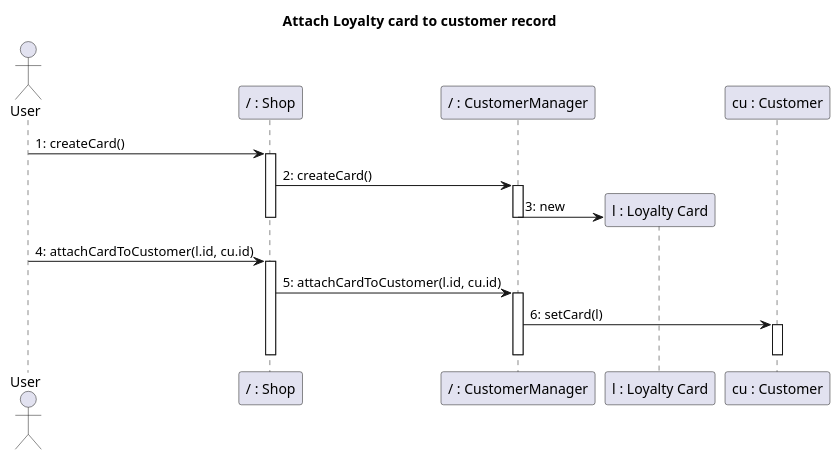
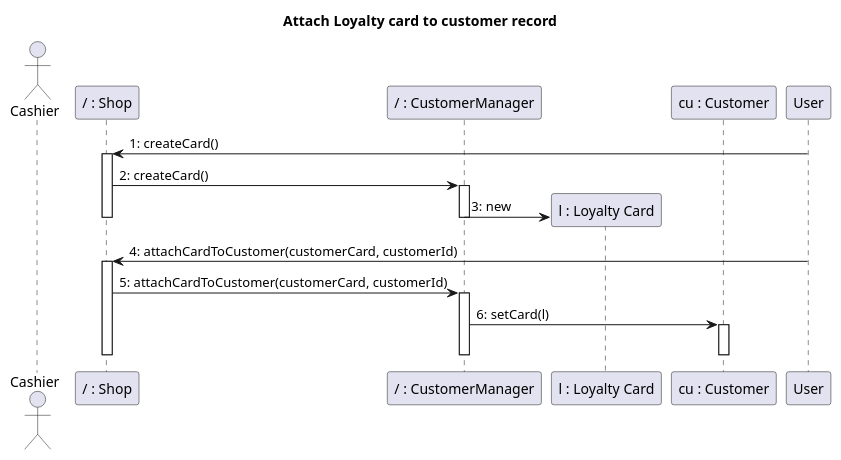
One commit to nicolabattaglino/ezshop changed diagram 15 of 34 in Deliverables/DesignDocument.md. Above: the diagram before and after it, drawn with PlantUML. The commit also changed other lines of this file, not shown here.

Commit message:
changes in seqeunce diagrams

````diff
--- a/Deliverables/DesignDocument.md
+++ b/Deliverables/DesignDocument.md
@@ -810,31 +810,31 @@
 ```plantuml
 @startuml
 
 title Attach Loyalty card to customer record
-actor User
+actor Cashier
 participant "/ : Shop" as Shop
 participant "/ : CustomerManager" as CustomerManager
 participant "l : Loyalty Card" as LoyaltyCard
 participant "cu : Customer" as Customer
 
 User -> Shop: 1: createCard()
 activate Shop
 Shop -> CustomerManager: 2: createCard()
 activate CustomerManager
 create LoyaltyCard
 CustomerManager -> LoyaltyCard: 3: new
 deactivate CustomerManager
 deactivate Shop
 
-User -> Shop: 4: attachCardToCustomer(l.id, cu.id) 
+User -> Shop: 4: attachCardToCustomer(customerCard, customerId) 
 activate Shop
-Shop -> CustomerManager: 5: attachCardToCustomer(l.id, cu.id)
+Shop -> CustomerManager: 5: attachCardToCustomer(customerCard, customerId)
 activate CustomerManager
 CustomerManager -> Customer: 6: setCard(l)
 activate Customer
 deactivate Customer
 deactivate CustomerManager
 deactivate Shop
 
 @enduml
 ```
````
